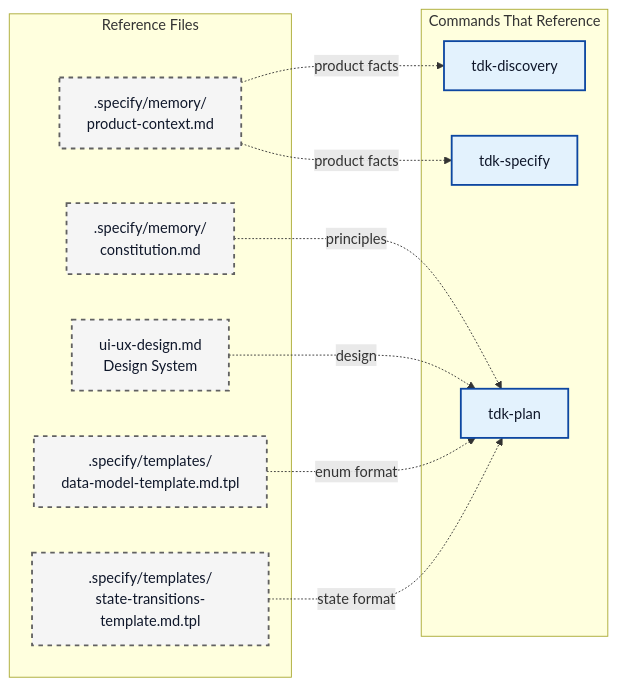
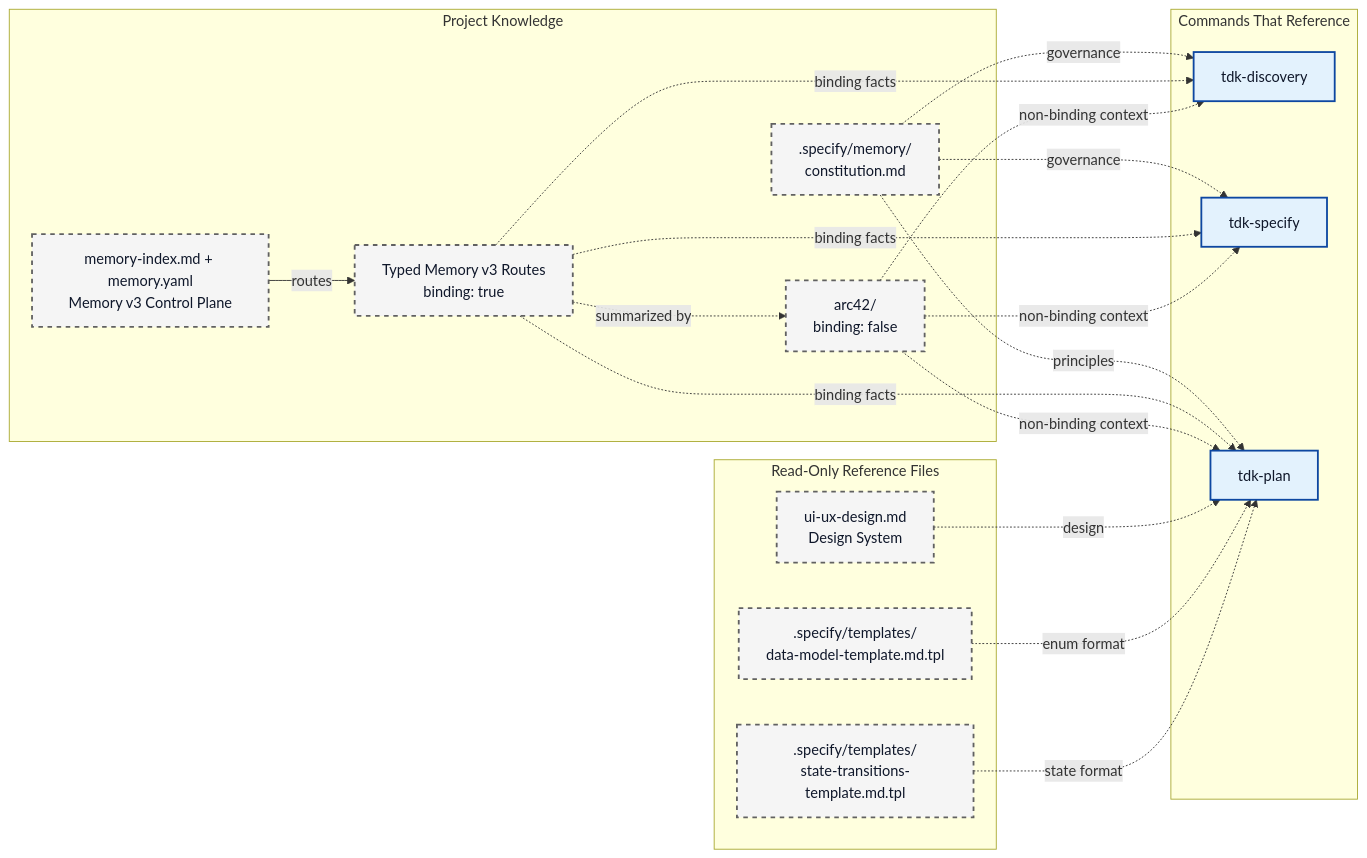
One commit to vinhltt/tdk changed the seventh of 8 diagrams in .specify/docs/en/guides/workflow-map.md. Above: the diagram before and after it, drawn with Mermaid. The commit also changed other lines of this file and 9 other files, not shown here.

````diff
--- a/.specify/docs/en/guides/workflow-map.md
+++ b/.specify/docs/en/guides/workflow-map.md
@@ -366,29 +382,42 @@
 ```mermaid
 flowchart LR
-    subgraph TEMPLATES[Reference Files]
+    subgraph PROJECT_KNOWLEDGE[Project Knowledge]
         CONST[.specify/memory/<br/>constitution.md]
-        PRODUCT[.specify/memory/<br/>product-context.md]
+        MEMORY_CONTROL[memory-index.md + memory.yaml<br/>Memory v3 Control Plane]
+        TYPED_MEMORY[Typed Memory v3 Routes<br/>binding: true]
+        ARC42[arc42/<br/>binding: false]
+    end
+
+    subgraph TEMPLATES[Read-Only Reference Files]
         UIUX[ui-ux-design.md<br/>Design System]
         REF_DM[.specify/templates/<br/>data-model-template.md.tpl]
         REF_ST[.specify/templates/<br/>state-transitions-template.md.tpl]
     end
 
     subgraph COMMANDS[Commands That Reference]
         DISCOVERY_CMD[tdk-discovery]
         SPECIFY_CMD[tdk-specify]
         PLAN[tdk-plan]
     end
 
+    MEMORY_CONTROL -->|routes| TYPED_MEMORY
+    TYPED_MEMORY -.->|summarized by| ARC42
+    CONST -.->|governance| DISCOVERY_CMD
+    CONST -.->|governance| SPECIFY_CMD
     CONST -.->|principles| PLAN
-    PRODUCT -.->|product facts| DISCOVERY_CMD
-    PRODUCT -.->|product facts| SPECIFY_CMD
+    TYPED_MEMORY -.->|binding facts| DISCOVERY_CMD
+    TYPED_MEMORY -.->|binding facts| SPECIFY_CMD
+    TYPED_MEMORY -.->|binding facts| PLAN
+    ARC42 -.->|non-binding context| DISCOVERY_CMD
+    ARC42 -.->|non-binding context| SPECIFY_CMD
+    ARC42 -.->|non-binding context| PLAN
     UIUX -.->|design| PLAN
     REF_DM -.->|enum format| PLAN
     REF_ST -.->|state format| PLAN
 
     classDef reference fill:#f5f5f5,stroke:#616161,stroke-width:2px,stroke-dasharray: 5 5,color:#0f172a
     classDef command fill:#e3f2fd,stroke:#0d47a1,stroke-width:2px,color:#0f172a
 
-    class CONST,PRODUCT,UIUX,REF_DM,REF_ST reference
+    class CONST,MEMORY_CONTROL,TYPED_MEMORY,ARC42,UIUX,REF_DM,REF_ST reference
     class DISCOVERY_CMD,SPECIFY_CMD,PLAN command
 ```
````
